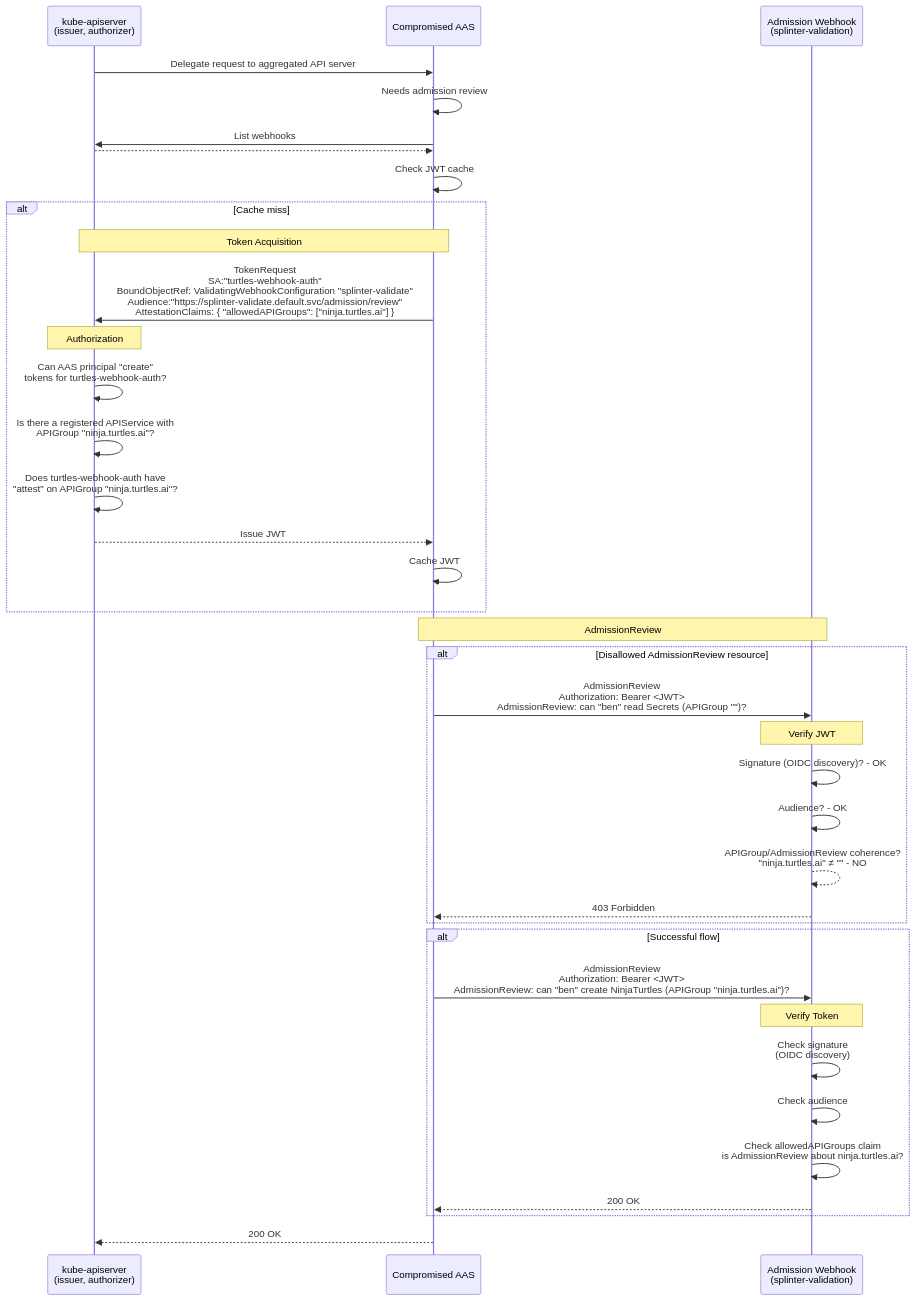
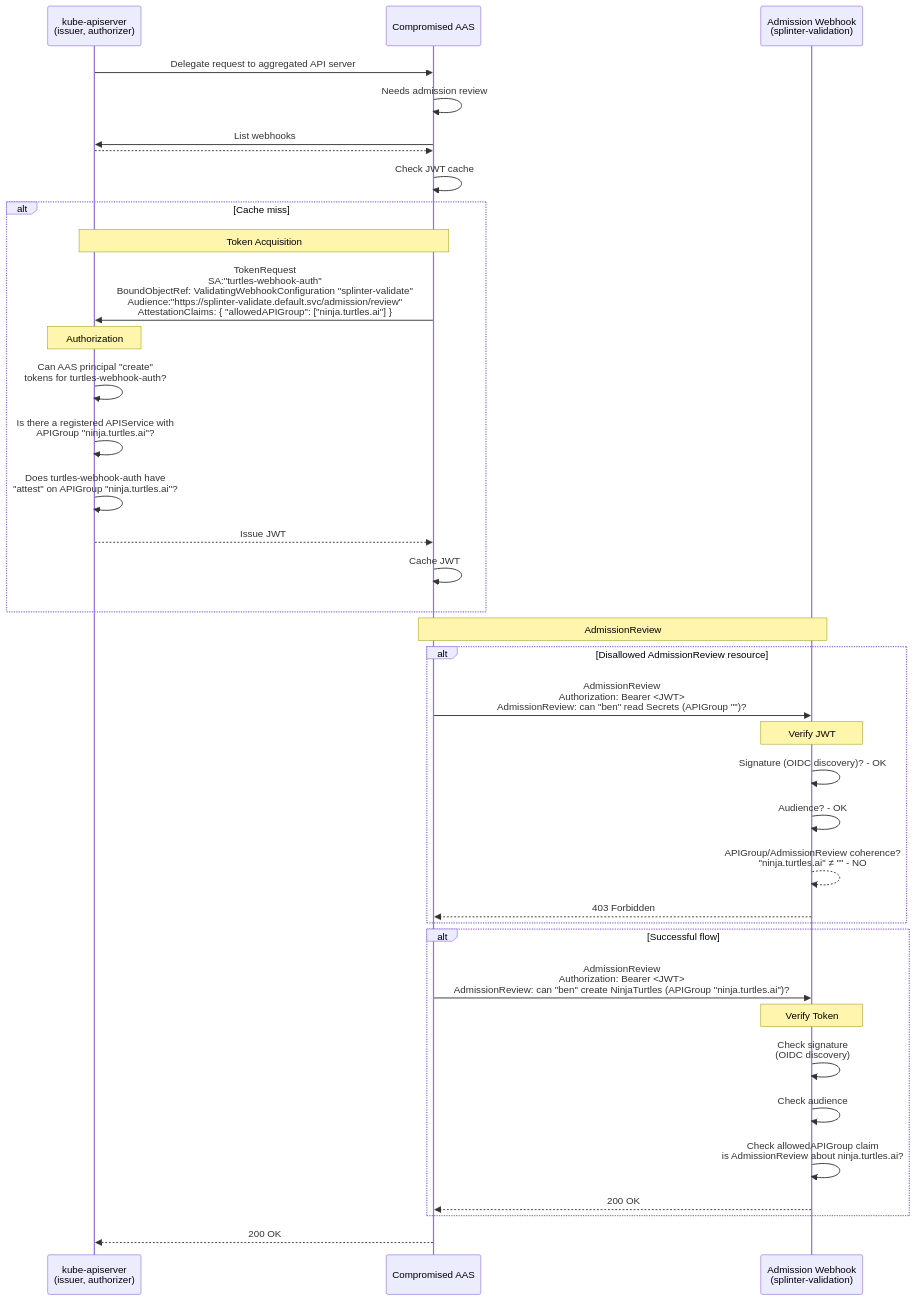
The third of 3 diagrams in keps/sig-auth/6060-api-server-authentication-to-webhooks/README.md (pmengelbert/enhancements), drawn with Mermaid before and after one commit. The commit also changed other lines of this file, not shown here.

````diff
--- a/keps/sig-auth/6060-api-server-authentication-to-webhooks/README.md
+++ b/keps/sig-auth/6060-api-server-authentication-to-webhooks/README.md
@@ -441,50 +448,50 @@
 ```mermaid
 sequenceDiagram
     participant KAS as kube-apiserver<br/>(issuer, authorizer)
     participant AAS as Compromised AAS
     participant Webhook as Admission Webhook<br/>(splinter-validation)
 
     KAS->>AAS: Delegate request to aggregated API server
     AAS->>AAS: Needs admission review
     AAS->>KAS: List webhooks
     KAS-->>AAS: #%20;
 
     AAS->>AAS: Check JWT cache
     alt Cache miss
         Note over KAS,AAS: Token Acquisition
-        AAS->>KAS: TokenRequest<br/>SA:"turtles-webhook-auth"<br/>BoundObjectRef: ValidatingWebhookConfiguration "splinter-validate"<br/>Audience:"https://splinter-validate.default.svc/admission/review"<br/>AttestationClaims: { "allowedAPIGroups": ["ninja.turtles.ai"] }
+        AAS->>KAS: TokenRequest<br/>SA:"turtles-webhook-auth"<br/>BoundObjectRef: ValidatingWebhookConfiguration "splinter-validate"<br/>Audience:"https://splinter-validate.default.svc/admission/review"<br/>AttestationClaims: { "allowedAPIGroup": ["ninja.turtles.ai"] }
 
         Note over KAS: Authorization
         KAS->>KAS: Can AAS principal "create"<br/>tokens for turtles-webhook-auth?
         KAS->>KAS: Is there a registered APIService with <br/>APIGroup "ninja.turtles.ai"?
         KAS->>KAS: Does turtles-webhook-auth have<br/>"attest" on APIGroup "ninja.turtles.ai"?
 
         KAS-->>AAS: Issue JWT
         AAS->>AAS: Cache JWT
     end
 
     Note over AAS,Webhook: AdmissionReview
     alt Disallowed AdmissionReview resource
         AAS->>Webhook: AdmissionReview<br/>Authorization: Bearer <JWT><br/>AdmissionReview: can "ben" read Secrets (APIGroup "")?
 
         Note over Webhook: Verify JWT
         Webhook->>Webhook: Signature (OIDC discovery)? - OK
         Webhook->>Webhook: Audience? - OK
         Webhook-->>Webhook: APIGroup/AdmissionReview coherence?<br/>"ninja.turtles.ai" ≠ "" - NO
 
         Webhook-->>AAS: 403 Forbidden
     end
 
     alt Successful flow
         AAS->>Webhook: AdmissionReview<br/>Authorization: Bearer <JWT><br/>AdmissionReview: can "ben" create NinjaTurtles (APIGroup "ninja.turtles.ai")?
 
         Note over Webhook: Verify Token
         Webhook->>Webhook: Check signature<br/>(OIDC discovery)
         Webhook->>Webhook: Check audience
-        Webhook->>Webhook: Check allowedAPIGroups claim<br/>is AdmissionReview about ninja.turtles.ai?
+        Webhook->>Webhook: Check allowedAPIGroup claim<br/>is AdmissionReview about ninja.turtles.ai?
 
         Webhook-->>AAS: 200 OK
     end
 
     AAS-->>KAS: 200 OK
 ```
````
